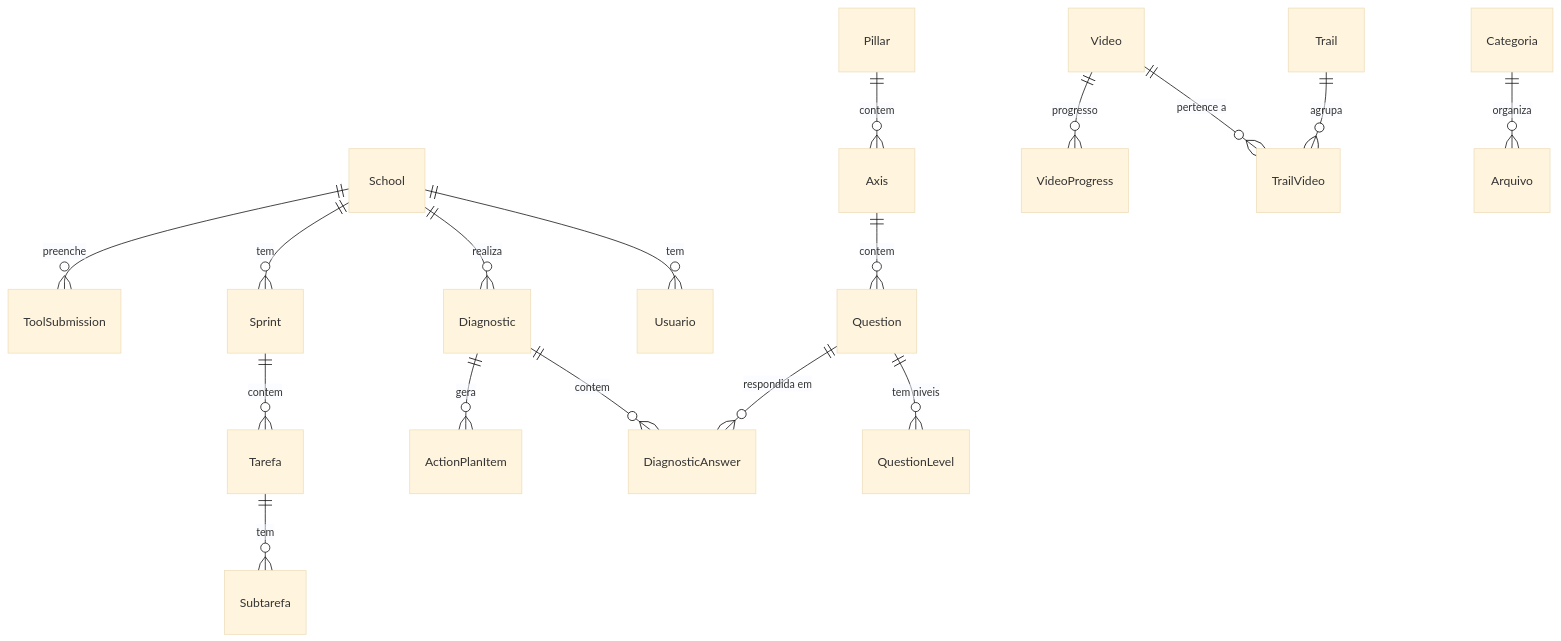
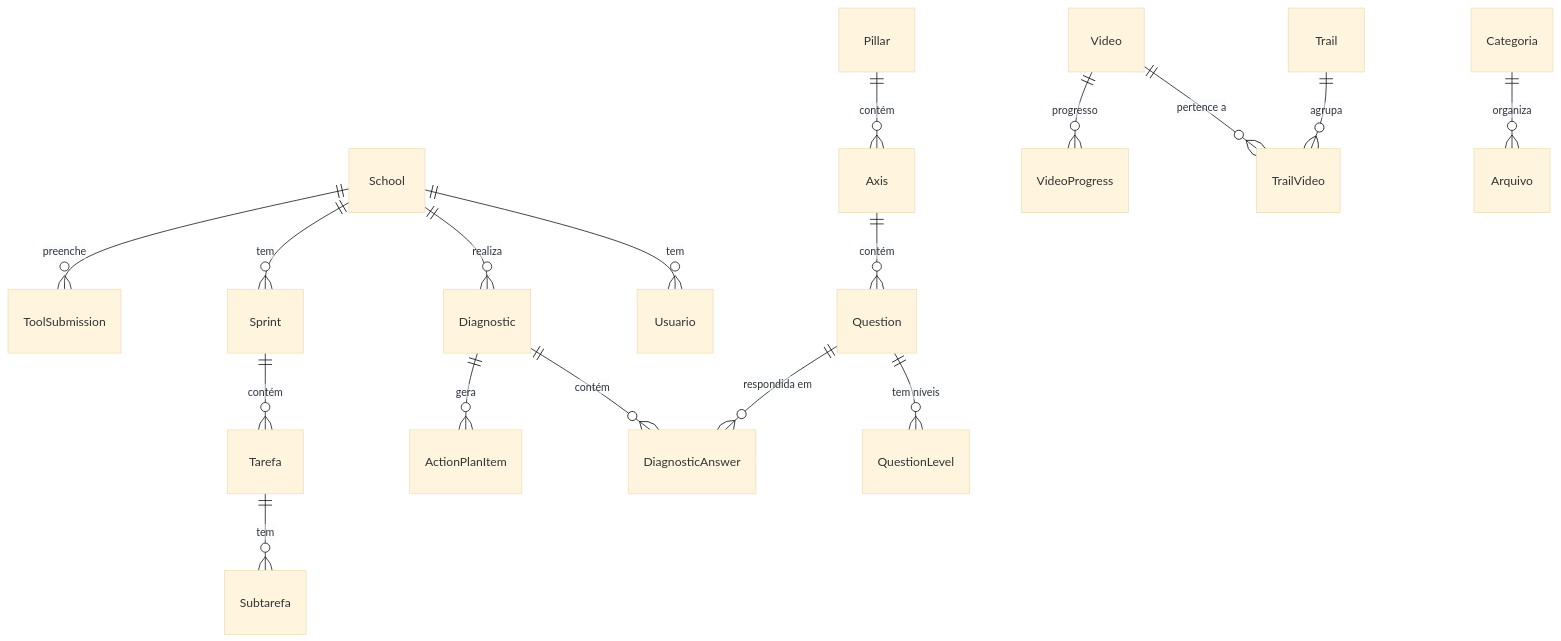
One commit to ZagoConsultoria/claraval-docs changed the diagram in docs/arquitetura/banco-de-dados.md. Above: the diagram before and after it, drawn with Mermaid (base theme). The commit also changed other lines of this file and 29 other files, not shown here.

````diff
--- a/docs/arquitetura/banco-de-dados.md
+++ b/docs/arquitetura/banco-de-dados.md
@@ -91,24 +91,24 @@
 ```mermaid
 erDiagram
     School ||--o{ Usuario : "tem"
     School ||--o{ Diagnostic : "realiza"
     School ||--o{ Sprint : "tem"
     School ||--o{ ToolSubmission : "preenche"
 
-    Diagnostic ||--o{ DiagnosticAnswer : "contem"
+    Diagnostic ||--o{ DiagnosticAnswer : "contém"
     Diagnostic ||--o{ ActionPlanItem : "gera"
 
-    Pillar ||--o{ Axis : "contem"
-    Axis ||--o{ Question : "contem"
-    Question ||--o{ QuestionLevel : "tem niveis"
+    Pillar ||--o{ Axis : "contém"
+    Axis ||--o{ Question : "contém"
+    Question ||--o{ QuestionLevel : "tem níveis"
     Question ||--o{ DiagnosticAnswer : "respondida em"
 
     Trail ||--o{ TrailVideo : "agrupa"
     Video ||--o{ TrailVideo : "pertence a"
     Video ||--o{ VideoProgress : "progresso"
 
-    Sprint ||--o{ Tarefa : "contem"
+    Sprint ||--o{ Tarefa : "contém"
     Tarefa ||--o{ Subtarefa : "tem"
 
     Categoria ||--o{ Arquivo : "organiza"
 ```
````
